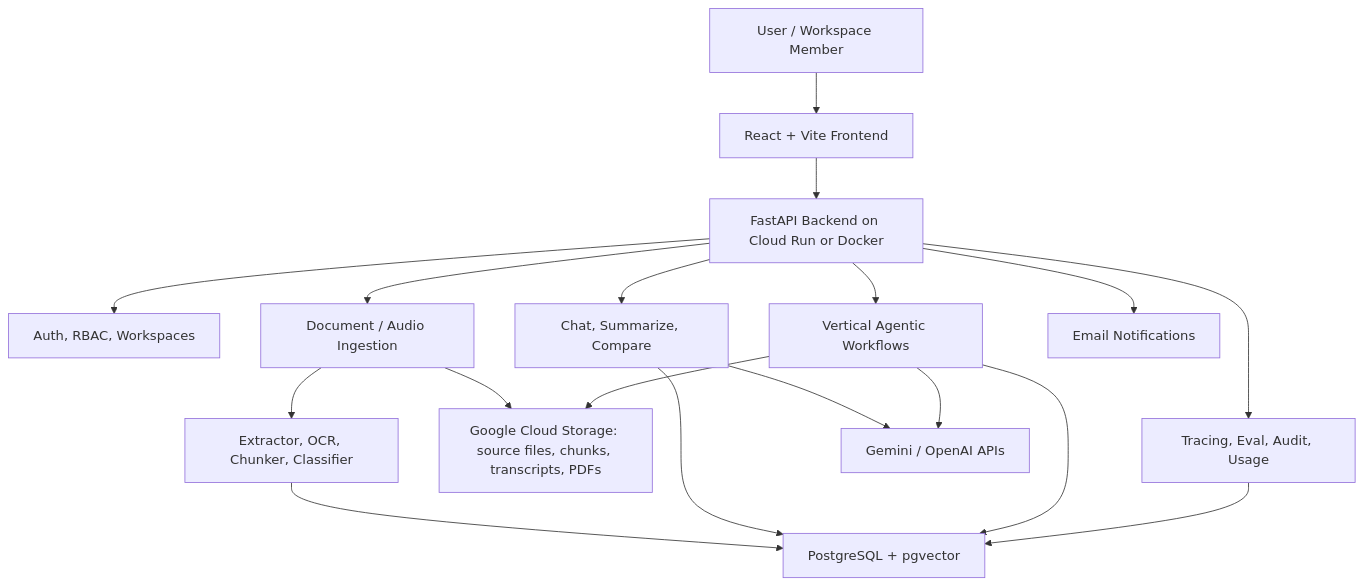
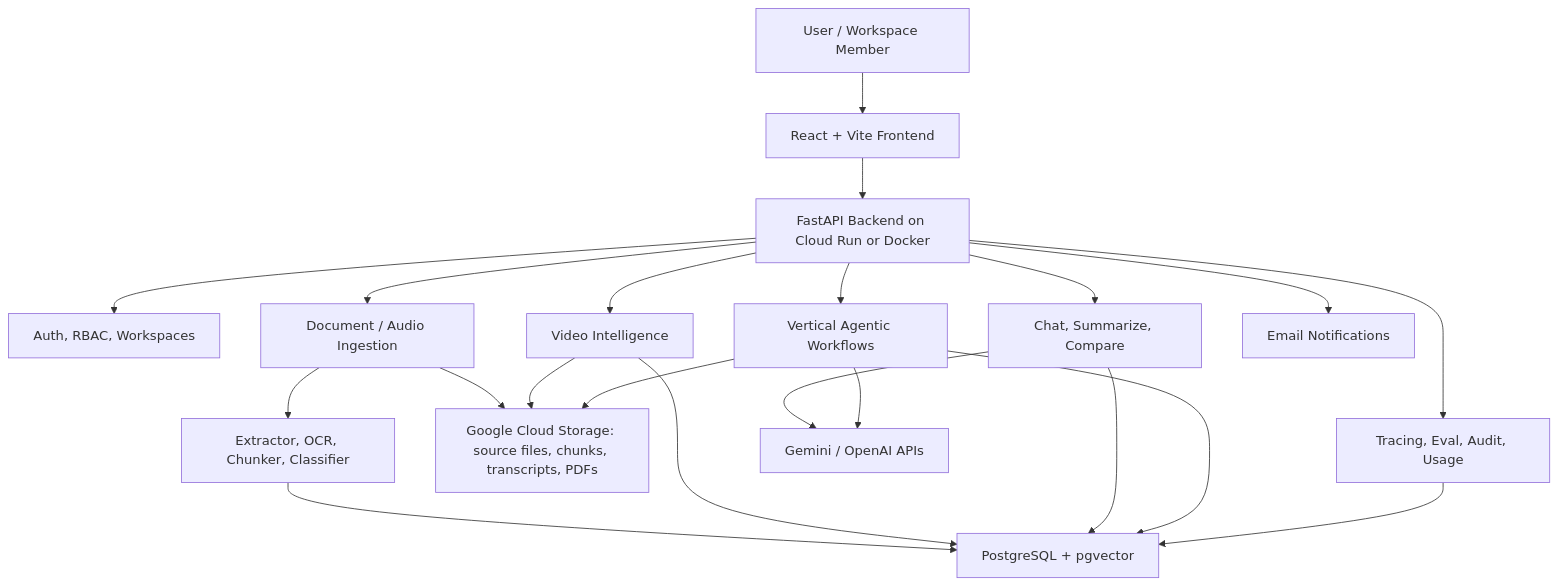
Before and after one commit to Agomonia-Labs/adar-rag: the first of 2 diagrams in README.md, drawn with Mermaid. The commit also changed other lines of this file and 9 other files, not shown here.

````diff
--- a/README.md
+++ b/README.md
@@ -462,24 +371,27 @@
 ```mermaid
 flowchart TB
   User["User / Workspace Member"] --> Frontend["React + Vite Frontend"]
   Frontend --> API["FastAPI Backend on Cloud Run or Docker"]
 
   API --> Auth["Auth, RBAC, Workspaces"]
   API --> Ingestion["Document / Audio Ingestion"]
+  API --> Video["Video Intelligence"]
   API --> Chat["Chat, Summarize, Compare"]
   API --> Agents["Vertical Agentic Workflows"]
   API --> Traces["Tracing, Eval, Audit, Usage"]
 
   Ingestion --> GCS["Google Cloud Storage: source files, chunks, transcripts, PDFs"]
   Ingestion --> Extract["Extractor, OCR, Chunker, Classifier"]
   Extract --> DB["PostgreSQL + pgvector"]
+  Video --> GCS
+  Video --> DB
 
   Chat --> DB
   Chat --> Gemini["Gemini / OpenAI APIs"]
   Agents --> DB
   Agents --> Gemini
   Agents --> GCS
   Traces --> DB
 
   API --> Email["Email Notifications"]
 ```
````
